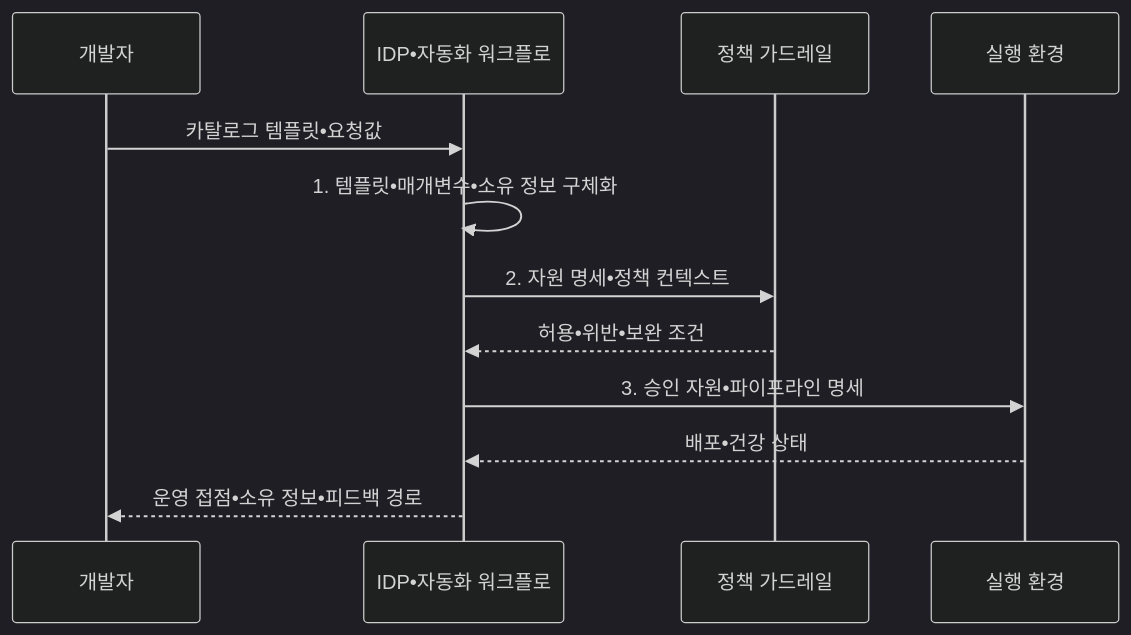
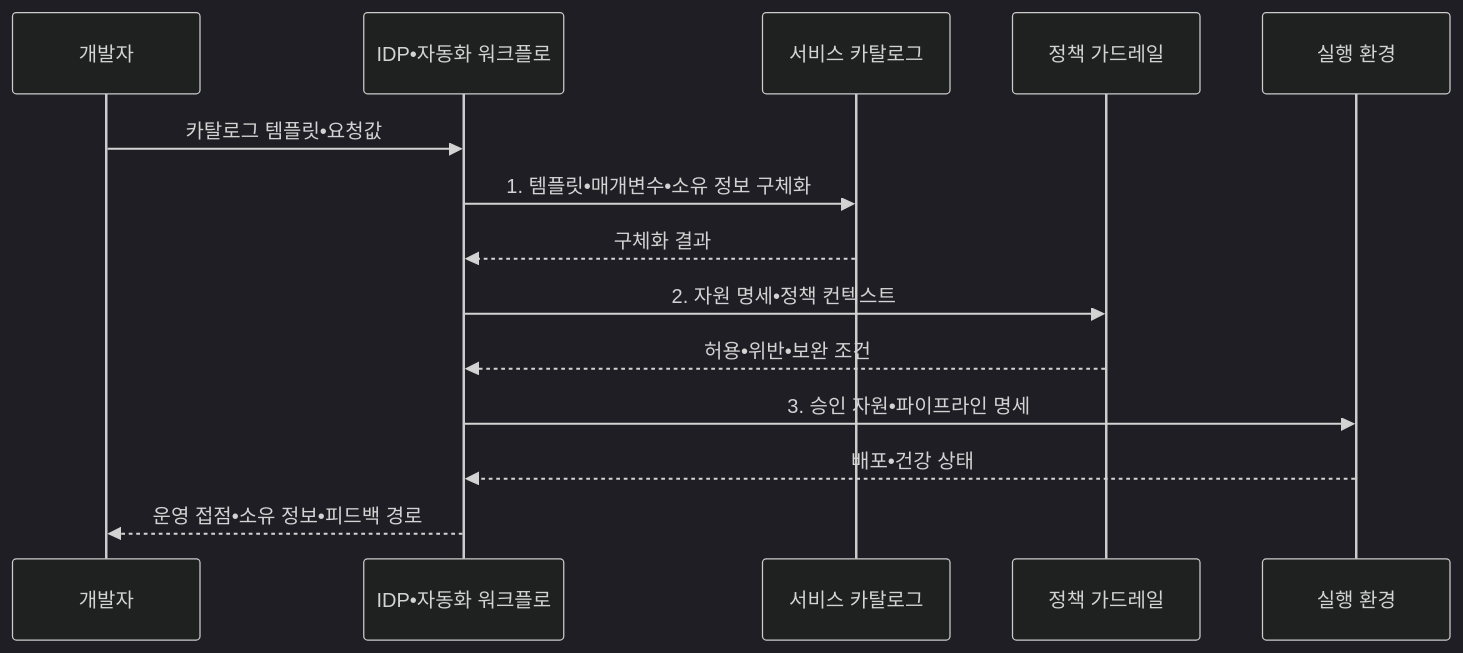
Before and after one commit to agnusdei1207/knowledge-base: the second of 2 diagrams in src/content/docs/notes/03-software/082_platform_engineering_idp.md, drawn with Mermaid (dark theme). The commit also changed other lines of this file and 15 other files, not shown here.

````diff
--- a/src/content/docs/notes/03-software/082_platform_engineering_idp.md
+++ b/src/content/docs/notes/03-software/082_platform_engineering_idp.md
@@ -110,14 +110,16 @@
 ```mermaid
 sequenceDiagram
     participant D as 개발자
     participant P as IDP•자동화 워크플로
+    participant C as 서비스 카탈로그
     participant G as 정책 가드레일
     participant R as 실행 환경
     D->>P: 카탈로그 템플릿•요청값
-    P->>P: 1. 템플릿•매개변수•소유 정보 구체화
+    P->>C: 1. 템플릿•매개변수•소유 정보 구체화
+    C-->>P: 구체화 결과
     P->>G: 2. 자원 명세•정책 컨텍스트
     G-->>P: 허용•위반•보완 조건
     P->>R: 3. 승인 자원•파이프라인 명세
     R-->>P: 배포•건강 상태
     P-->>D: 운영 접점•소유 정보•피드백 경로
 ```
````
